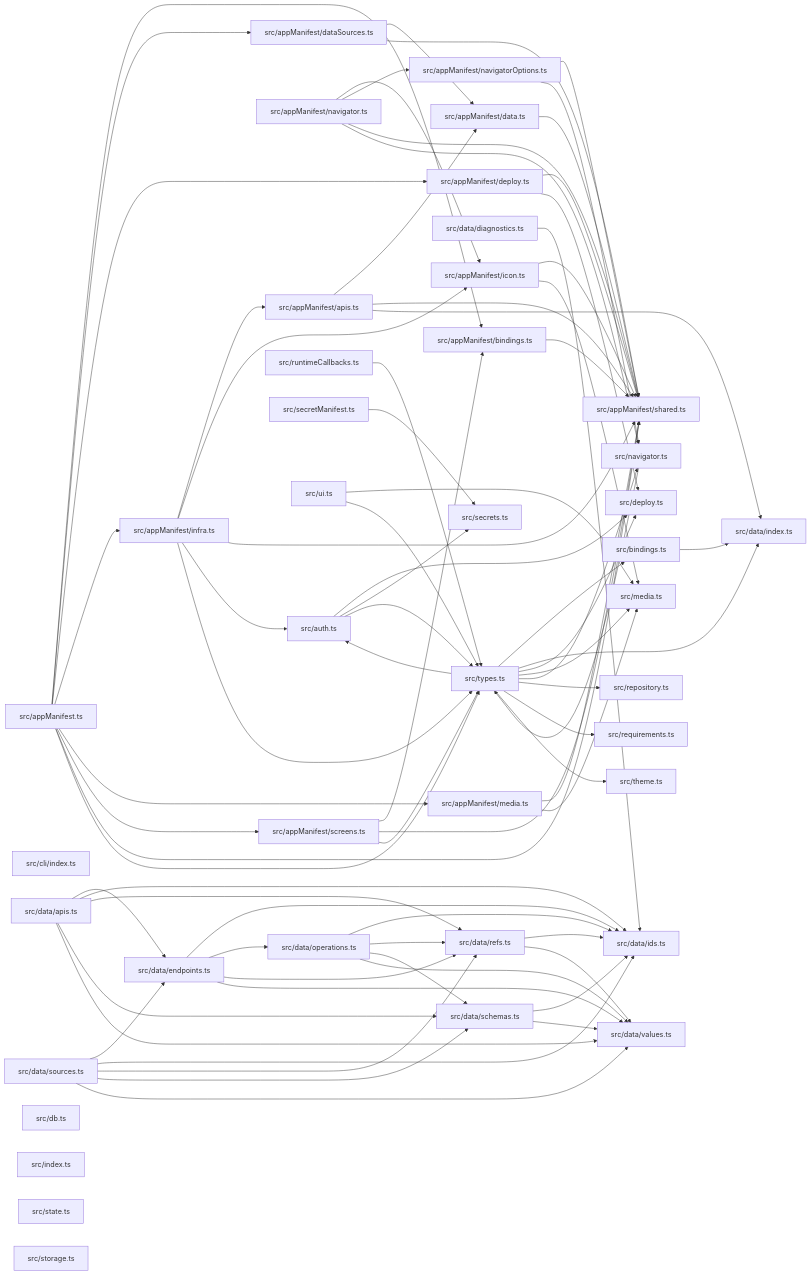
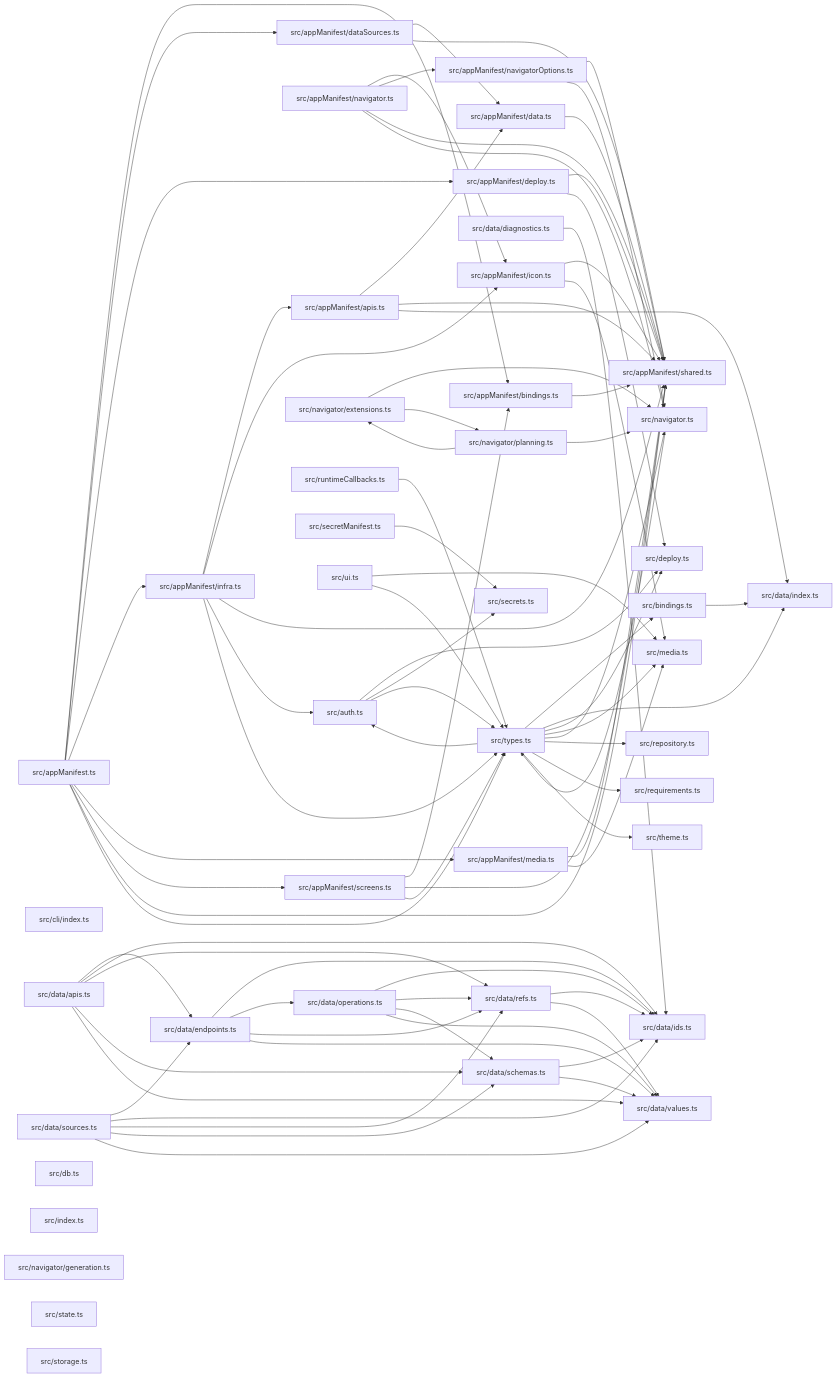
One commit to ankhorage/contracts changed the diagram in paradox/diagrams/module-relationships.mmd. Above: the diagram before and after it, drawn with Mermaid. The commit also changed 14 other files, not shown here.

First line of the commit message:
feat: own shared navigator planning and generation contracts (#190)

```diff
--- a/paradox/diagrams/module-relationships.mmd
+++ b/paradox/diagrams/module-relationships.mmd
@@ -1,118 +1,125 @@
 graph LR
   module_src_appManifest_ts["src/appManifest.ts"]
   module_src_appManifest_apis_ts["src/appManifest/apis.ts"]
   module_src_appManifest_bindings_ts["src/appManifest/bindings.ts"]
   module_src_appManifest_data_ts["src/appManifest/data.ts"]
   module_src_appManifest_dataSources_ts["src/appManifest/dataSources.ts"]
   module_src_appManifest_deploy_ts["src/appManifest/deploy.ts"]
   module_src_appManifest_icon_ts["src/appManifest/icon.ts"]
   module_src_appManifest_infra_ts["src/appManifest/infra.ts"]
   module_src_appManifest_media_ts["src/appManifest/media.ts"]
   module_src_appManifest_navigator_ts["src/appManifest/navigator.ts"]
   module_src_appManifest_navigatorOptions_ts["src/appManifest/navigatorOptions.ts"]
   module_src_appManifest_screens_ts["src/appManifest/screens.ts"]
   module_src_appManifest_shared_ts["src/appManifest/shared.ts"]
   module_src_auth_ts["src/auth.ts"]
   module_src_bindings_ts["src/bindings.ts"]
   module_src_cli_index_ts["src/cli/index.ts"]
   module_src_data_apis_ts["src/data/apis.ts"]
   module_src_data_diagnostics_ts["src/data/diagnostics.ts"]
   module_src_data_endpoints_ts["src/data/endpoints.ts"]
   module_src_data_ids_ts["src/data/ids.ts"]
   module_src_data_index_ts["src/data/index.ts"]
   module_src_data_operations_ts["src/data/operations.ts"]
   module_src_data_refs_ts["src/data/refs.ts"]
   module_src_data_schemas_ts["src/data/schemas.ts"]
   module_src_data_sources_ts["src/data/sources.ts"]
   module_src_data_values_ts["src/data/values.ts"]
   module_src_db_ts["src/db.ts"]
   module_src_deploy_ts["src/deploy.ts"]
   module_src_index_ts["src/index.ts"]
   module_src_media_ts["src/media.ts"]
   module_src_navigator_ts["src/navigator.ts"]
+  module_src_navigator_extensions_ts["src/navigator/extensions.ts"]
+  module_src_navigator_generation_ts["src/navigator/generation.ts"]
+  module_src_navigator_planning_ts["src/navigator/planning.ts"]
   module_src_repository_ts["src/repository.ts"]
   module_src_requirements_ts["src/requirements.ts"]
   module_src_runtimeCallbacks_ts["src/runtimeCallbacks.ts"]
   module_src_secretManifest_ts["src/secretManifest.ts"]
   module_src_secrets_ts["src/secrets.ts"]
   module_src_state_ts["src/state.ts"]
   module_src_storage_ts["src/storage.ts"]
   module_src_theme_ts["src/theme.ts"]
   module_src_types_ts["src/types.ts"]
   module_src_ui_ts["src/ui.ts"]
   module_src_appManifest_ts --> module_src_appManifest_bindings_ts
   module_src_appManifest_ts --> module_src_appManifest_dataSources_ts
   module_src_appManifest_ts --> module_src_appManifest_deploy_ts
   module_src_appManifest_ts --> module_src_appManifest_infra_ts
   module_src_appManifest_ts --> module_src_appManifest_media_ts
   module_src_appManifest_ts --> module_src_appManifest_screens_ts
   module_src_appManifest_ts --> module_src_appManifest_shared_ts
   module_src_appManifest_ts --> module_src_types_ts
   module_src_appManifest_apis_ts --> module_src_appManifest_data_ts
   module_src_appManifest_apis_ts --> module_src_appManifest_shared_ts
   module_src_appManifest_apis_ts --> module_src_data_index_ts
   module_src_appManifest_bindings_ts --> module_src_appManifest_shared_ts
   module_src_appManifest_data_ts --> module_src_appManifest_shared_ts
   module_src_appManifest_dataSources_ts --> module_src_appManifest_data_ts
   module_src_appManifest_dataSources_ts --> module_src_appManifest_shared_ts
   module_src_appManifest_deploy_ts --> module_src_appManifest_shared_ts
   module_src_appManifest_deploy_ts --> module_src_deploy_ts
   module_src_appManifest_icon_ts --> module_src_appManifest_shared_ts
   module_src_appManifest_icon_ts --> module_src_media_ts
   module_src_appManifest_infra_ts --> module_src_appManifest_apis_ts
   module_src_appManifest_infra_ts --> module_src_appManifest_icon_ts
   module_src_appManifest_infra_ts --> module_src_appManifest_shared_ts
   module_src_appManifest_infra_ts --> module_src_auth_ts
   module_src_appManifest_infra_ts --> module_src_types_ts
   module_src_appManifest_media_ts --> module_src_appManifest_shared_ts
   module_src_appManifest_media_ts --> module_src_media_ts
   module_src_appManifest_navigator_ts --> module_src_appManifest_icon_ts
   module_src_appManifest_navigator_ts --> module_src_appManifest_navigatorOptions_ts
   module_src_appManifest_navigator_ts --> module_src_appManifest_shared_ts
   module_src_appManifest_navigator_ts --> module_src_navigator_ts
   module_src_appManifest_navigatorOptions_ts --> module_src_appManifest_shared_ts
   module_src_appManifest_navigatorOptions_ts --> module_src_navigator_ts
   module_src_appManifest_screens_ts --> module_src_appManifest_bindings_ts
   module_src_appManifest_screens_ts --> module_src_appManifest_shared_ts
   module_src_appManifest_screens_ts --> module_src_types_ts
   module_src_auth_ts --> module_src_deploy_ts
   module_src_auth_ts --> module_src_secrets_ts
   module_src_auth_ts --> module_src_types_ts
   module_src_bindings_ts --> module_src_data_index_ts
   module_src_data_apis_ts --> module_src_data_endpoints_ts
   module_src_data_apis_ts --> module_src_data_ids_ts
   module_src_data_apis_ts --> module_src_data_refs_ts
   module_src_data_apis_ts --> module_src_data_schemas_ts
   module_src_data_apis_ts --> module_src_data_values_ts
   module_src_data_diagnostics_ts --> module_src_data_ids_ts
   module_src_data_endpoints_ts --> module_src_data_ids_ts
   module_src_data_endpoints_ts --> module_src_data_operations_ts
   module_src_data_endpoints_ts --> module_src_data_refs_ts
   module_src_data_endpoints_ts --> module_src_data_values_ts
   module_src_data_operations_ts --> module_src_data_ids_ts
   module_src_data_operations_ts --> module_src_data_refs_ts
   module_src_data_operations_ts --> module_src_data_schemas_ts
   module_src_data_operations_ts --> module_src_data_values_ts
   module_src_data_refs_ts --> module_src_data_ids_ts
   module_src_data_refs_ts --> module_src_data_values_ts
   module_src_data_schemas_ts --> module_src_data_ids_ts
   module_src_data_schemas_ts --> module_src_data_values_ts
   module_src_data_sources_ts --> module_src_data_endpoints_ts
   module_src_data_sources_ts --> module_src_data_ids_ts
   module_src_data_sources_ts --> module_src_data_refs_ts
   module_src_data_sources_ts --> module_src_data_schemas_ts
   module_src_data_sources_ts --> module_src_data_values_ts
   module_src_navigator_ts --> module_src_types_ts
+  module_src_navigator_extensions_ts --> module_src_navigator_ts
+  module_src_navigator_extensions_ts --> module_src_navigator_planning_ts
+  module_src_navigator_planning_ts --> module_src_navigator_ts
+  module_src_navigator_planning_ts --> module_src_navigator_extensions_ts
   module_src_runtimeCallbacks_ts --> module_src_types_ts
   module_src_secretManifest_ts --> module_src_secrets_ts
   module_src_types_ts --> module_src_auth_ts
   module_src_types_ts --> module_src_bindings_ts
   module_src_types_ts --> module_src_data_index_ts
   module_src_types_ts --> module_src_deploy_ts
   module_src_types_ts --> module_src_media_ts
   module_src_types_ts --> module_src_navigator_ts
   module_src_types_ts --> module_src_repository_ts
   module_src_types_ts --> module_src_requirements_ts
   module_src_types_ts --> module_src_theme_ts
   module_src_ui_ts --> module_src_media_ts
   module_src_ui_ts --> module_src_types_ts
```
